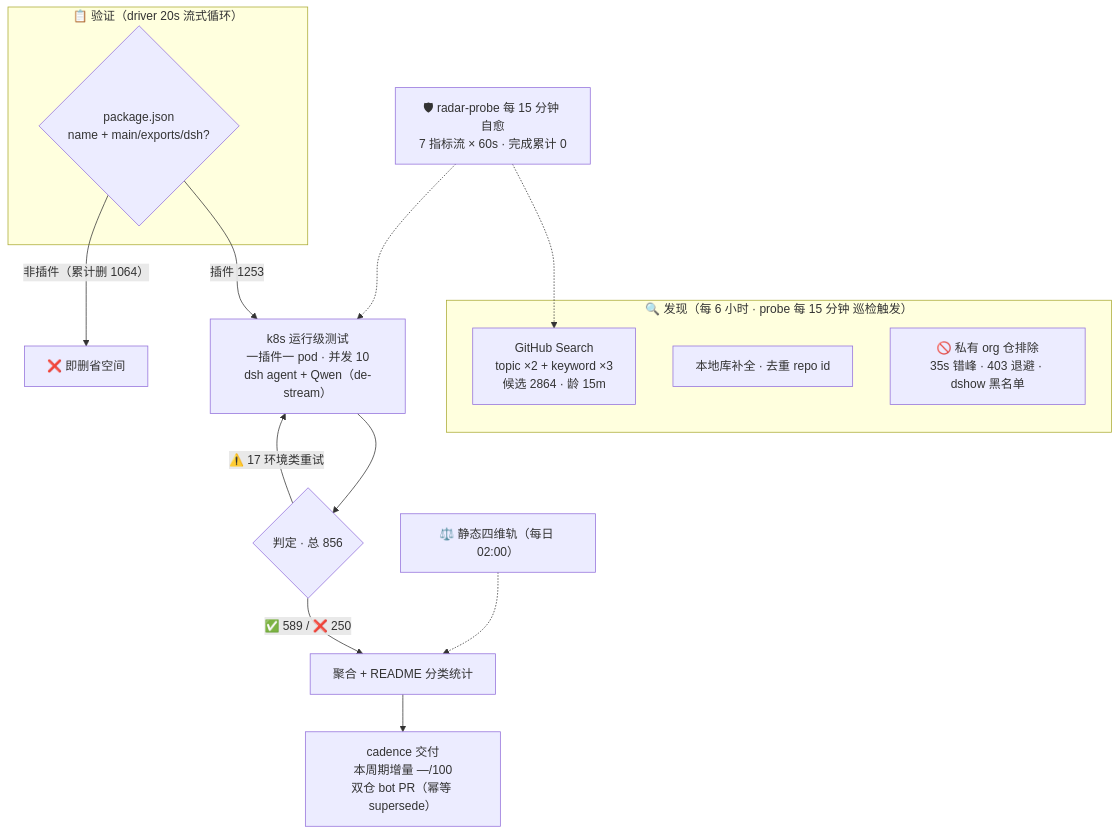
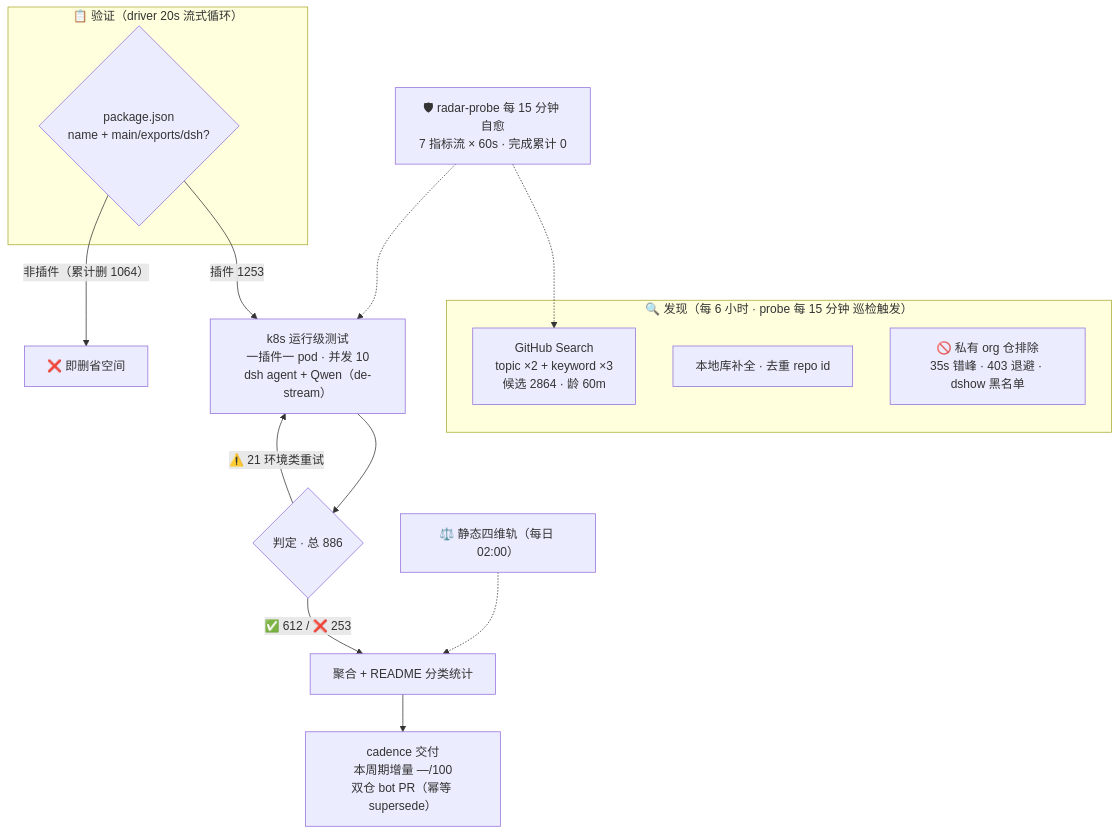
Before and after one commit to Zhidao-Lab-OSS/awesome-dsh-plugins: the diagram in README.md, drawn with Mermaid. The commit also changed other lines of this file and 1 other file, not shown here.

````diff
--- a/README.md
+++ b/README.md
@@ -32,20 +32,20 @@
 ```mermaid
 flowchart TB
     subgraph Discovery["🔍 发现（每 6 小时 · probe 每 15 分钟 巡检触发）"]
-        A1["GitHub Search<br/>topic ×2 + keyword ×3<br/>候选 2864 · 龄 15m"]
+        A1["GitHub Search<br/>topic ×2 + keyword ×3<br/>候选 2864 · 龄 60m"]
         A2["本地库补全 · 去重 repo id"]
         A3["🚫 私有 org 仓排除<br/>35s 错峰 · 403 退避 · dshow 黑名单"]
     end
     subgraph Validation["📋 验证（driver 20s 流式循环）"]
         B1{"package.json<br/>name + main/exports/dsh?"}
     end
     B1 -->|"插件 1253"| C1["k8s 运行级测试<br/>一插件一 pod · 并发 10<br/>dsh agent + Qwen（de-stream）"]
     B1 -->|"非插件（累计删 1064）"| B3["❌ 即删省空间"]
-    C1 --> D1{"判定 · 总 856"}
-    D1 -->|"✅ 589 / ❌ 250"| E1["聚合 + README 分类统计"]
-    D1 -->|"⚠️ 17 环境类重试"| C1
+    C1 --> D1{"判定 · 总 886"}
+    D1 -->|"✅ 612 / ❌ 253"| E1["聚合 + README 分类统计"]
+    D1 -->|"⚠️ 21 环境类重试"| C1
     E1 --> E2["cadence 交付<br/>本周期增量 —/100<br/>双仓 bot PR（幂等 supersede）"]
     S["⚖️ 静态四维轨（每日 02:00）"] -.-> E1
     M["🛡 radar-probe 每 15 分钟 自愈<br/>7 指标流 × 60s · 完成累计 0"] -.-> A1
     M -.-> C1
 ```
````
